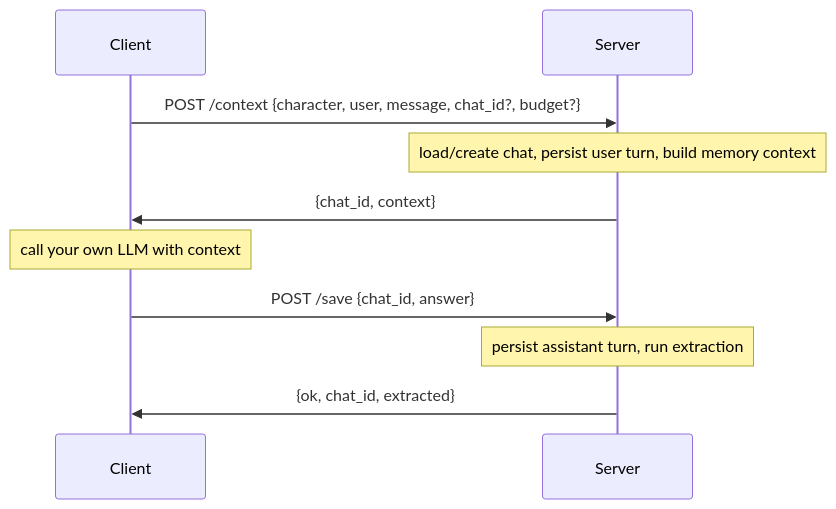
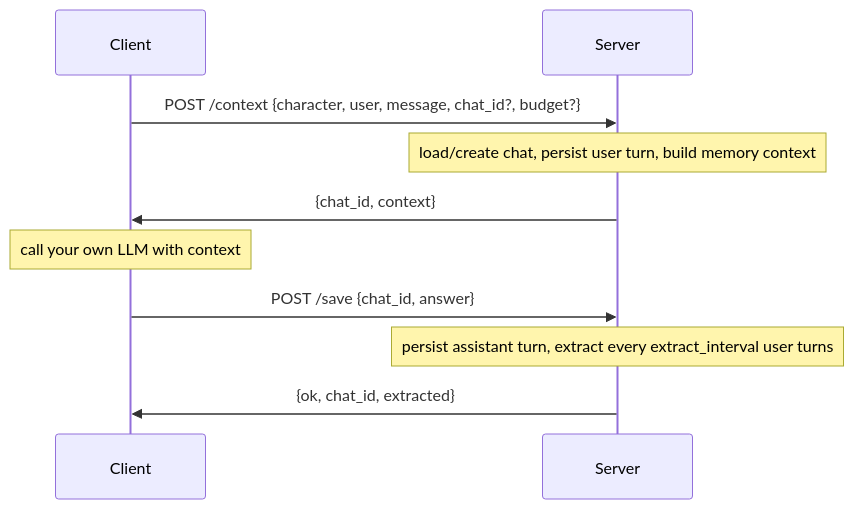
One commit to FrancescoCaracciolo/CharacterMemory changed the diagram in docs/getting_started.md. Above: the diagram before and after it, drawn with Mermaid. The commit also changed other lines of this file and 11 other files, not shown here.

````diff
--- a/docs/getting_started.md
+++ b/docs/getting_started.md
@@ -389,12 +389,12 @@
 ```mermaid
 sequenceDiagram
     participant C as Client
     participant S as Server
     C->>S: POST /context  {character, user, message, chat_id?, budget?}
     Note over S: load/create chat, persist user turn, build memory context
     S->>C: {chat_id, context}
     Note over C: call your own LLM with context
     C->>S: POST /save  {chat_id, answer}
-    Note over S: persist assistant turn, run extraction
+    Note over S: persist assistant turn, extract every extract_interval user turns
     S->>C: {ok, chat_id, extracted}
 ```
````
